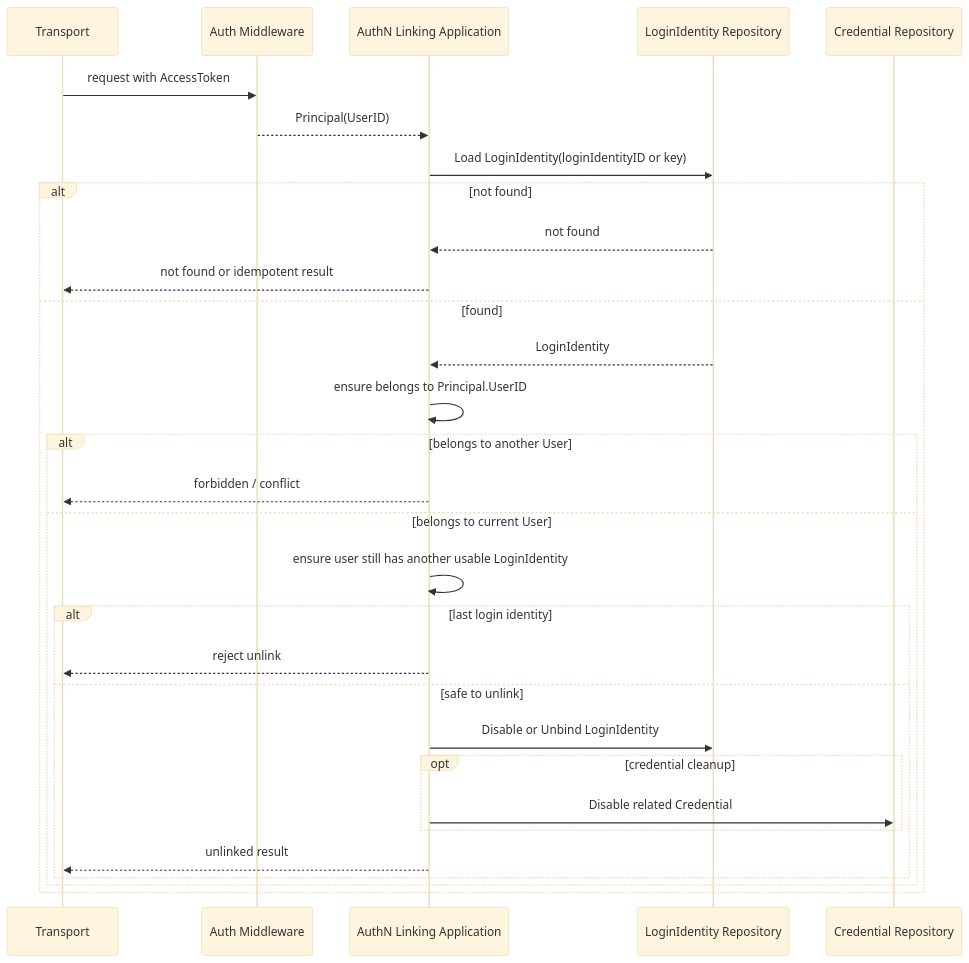
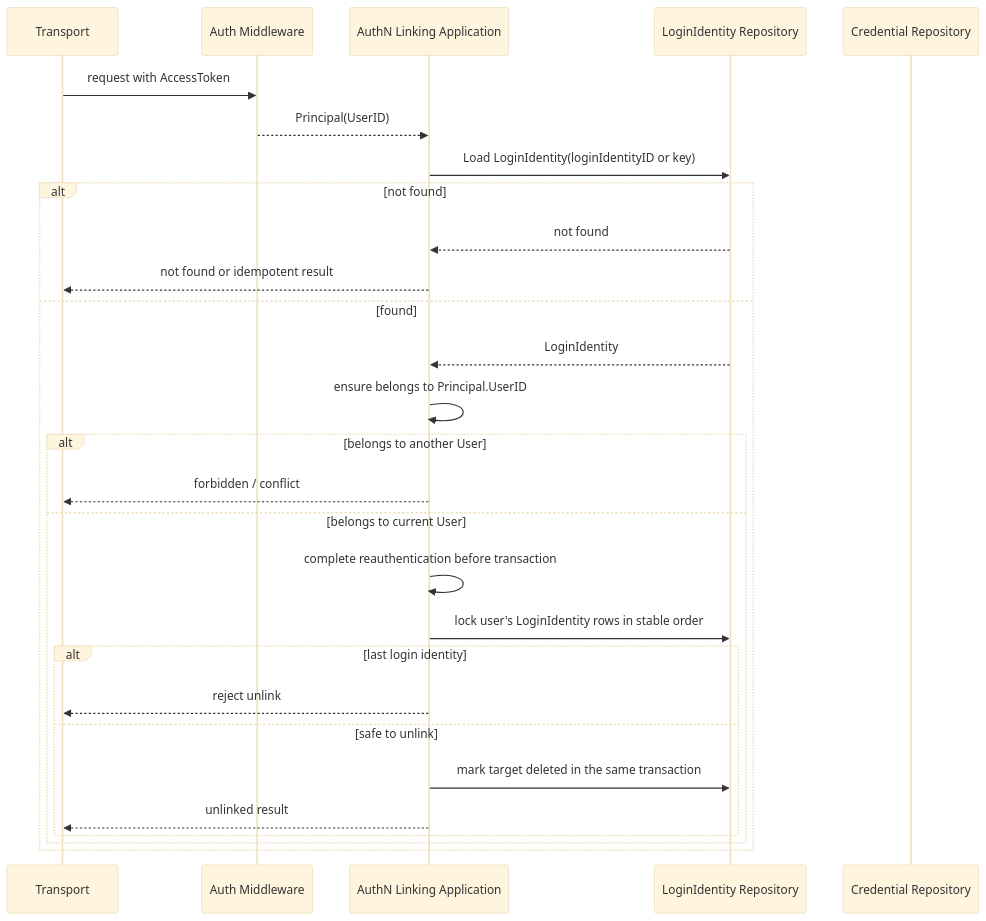
One commit to FangcunMount/iam changed the fourth of 4 diagrams in docs/02-业务模块/02-AuthN/03-关键链路-Linking登录身份绑定.md. Above: the diagram before and after it, drawn with Mermaid (base theme). The commit also changed other lines of this file and 56 other files, not shown here.

````diff
--- a/docs/02-业务模块/02-AuthN/03-关键链路-Linking登录身份绑定.md
+++ b/docs/02-业务模块/02-AuthN/03-关键链路-Linking登录身份绑定.md
@@ -386,33 +386,31 @@
 ```mermaid
 sequenceDiagram
     participant T as Transport
     participant MW as Auth Middleware
     participant A as AuthN Linking Application
     participant LIR as LoginIdentity Repository
     participant CR as Credential Repository
 
     T->>MW: request with AccessToken
     MW-->>A: Principal(UserID)
     A->>LIR: Load LoginIdentity(loginIdentityID or key)
     alt not found
         LIR-->>A: not found
         A-->>T: not found or idempotent result
     else found
         LIR-->>A: LoginIdentity
         A->>A: ensure belongs to Principal.UserID
         alt belongs to another User
             A-->>T: forbidden / conflict
         else belongs to current User
-            A->>A: ensure user still has another usable LoginIdentity
+            A->>A: complete reauthentication before transaction
+            A->>LIR: lock user's LoginIdentity rows in stable order
             alt last login identity
                 A-->>T: reject unlink
             else safe to unlink
-                A->>LIR: Disable or Unbind LoginIdentity
-                opt credential cleanup
-                    A->>CR: Disable related Credential
-                end
+                A->>LIR: mark target deleted in the same transaction
                 A-->>T: unlinked result
             end
         end
     end
 ```
````
